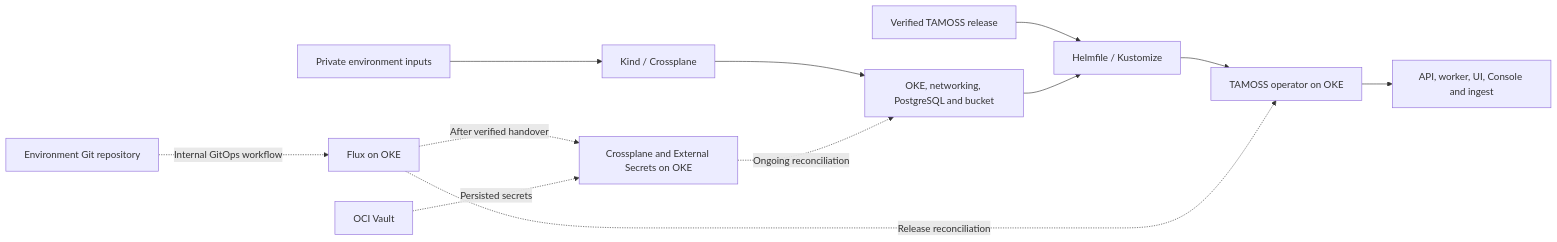
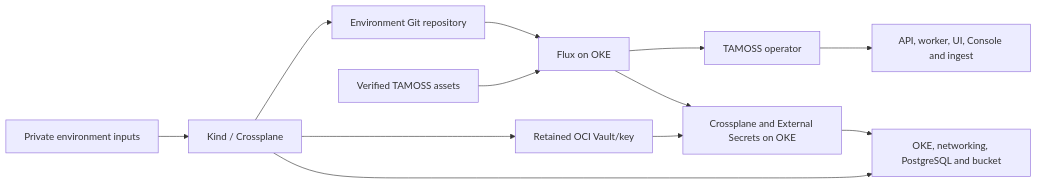
Before and after one commit to livewyer-ops/tamoss-cp-oci: the diagram in docs/architecture.md, drawn with Mermaid. The commit also changed other lines of this file and 34 other files, not shown here.

First line of the commit message:
feat!: make GitOps the public deployment lifecycle

````diff
--- a/docs/architecture.md
+++ b/docs/architecture.md
@@ -10,14 +10,14 @@
 ```mermaid
 flowchart LR
     Inputs[Private environment inputs] --> Kind[Kind / Crossplane]
     Kind --> OCI[OKE, networking, PostgreSQL and bucket]
-    Release[Verified TAMOSS release] --> Install[Helmfile / Kustomize]
-    OCI --> Install
-    Install --> Operator[TAMOSS operator on OKE]
+    Kind --> Vault[Retained OCI Vault/key]
+    Kind --> Git[Environment Git repository]
+    Git --> Flux[Flux on OKE]
+    Release[Verified TAMOSS assets] --> Flux
+    Flux --> Runtime[Crossplane and External Secrets on OKE]
+    Runtime --> OCI
+    Vault --> Runtime
+    Flux --> Operator[TAMOSS operator]
     Operator --> App[API, worker, UI, Console and ingest]
-    Git[Environment Git repository] -. Internal GitOps workflow .-> Flux[Flux on OKE]
-    Flux -. After verified handover .-> Runtime[Crossplane and External Secrets on OKE]
-    Runtime -. Ongoing reconciliation .-> OCI
-    Vault[OCI Vault] -. Persisted secrets .-> Runtime
-    Flux -. Release reconciliation .-> Operator
 ```
````
